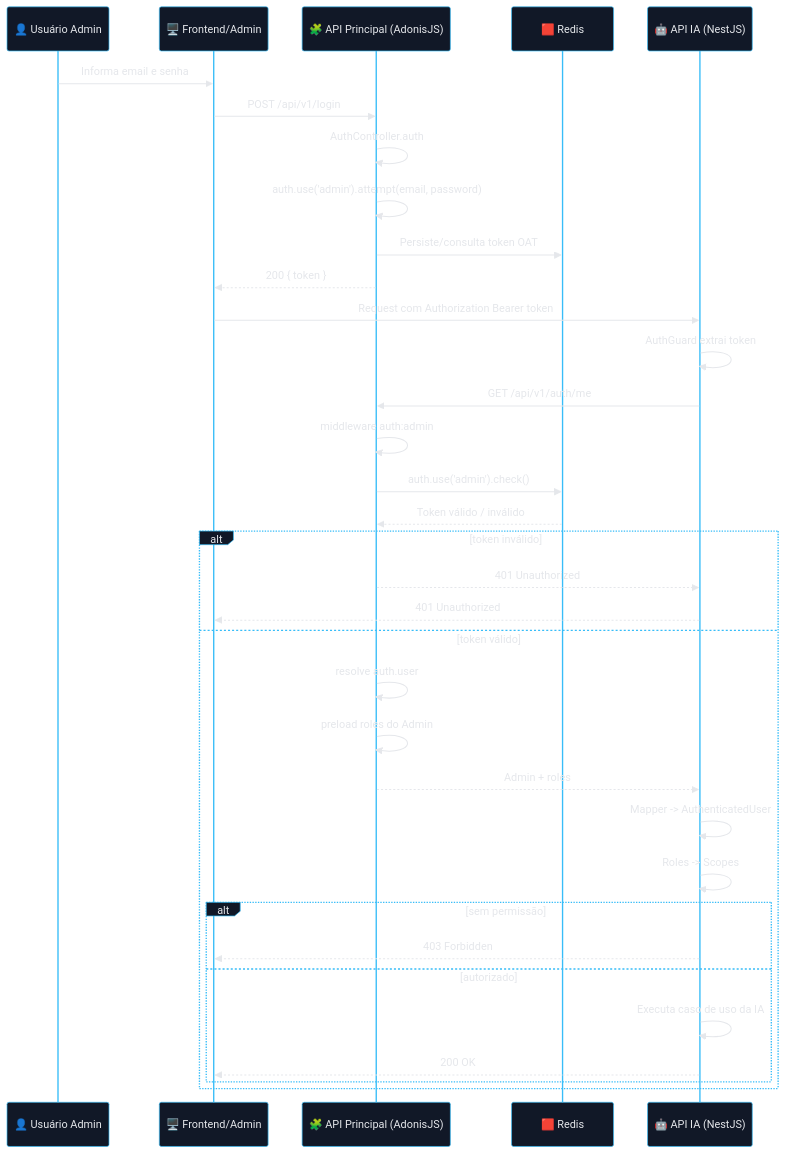
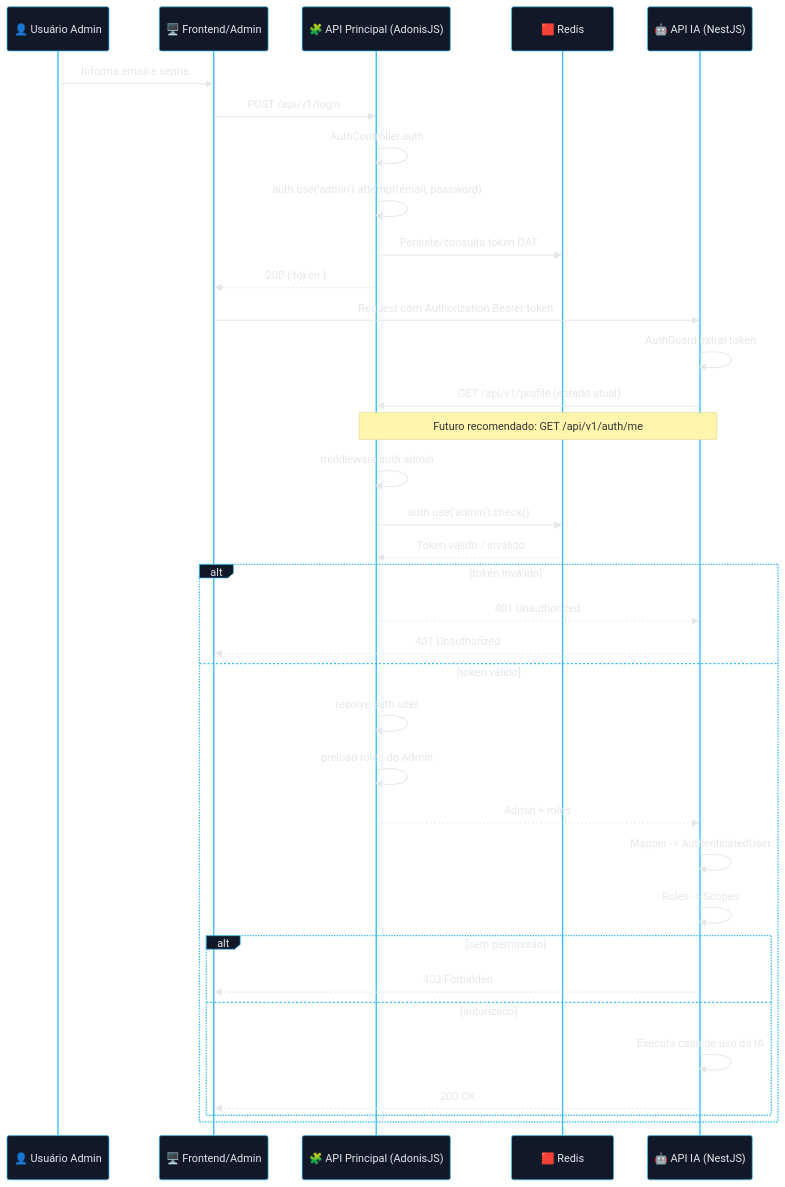
Before and after one commit to matheusdiamantino-betalent/IA: the third of 6 diagrams in RFC-0001-Auth.md, drawn with Mermaid. The commit also changed other lines of this file, not shown here.

````diff
--- a/RFC-0001-Auth.md
+++ b/RFC-0001-Auth.md
@@ -260,55 +287,56 @@
 ```mermaid
 %%{init: {
   "theme": "base",
   "themeVariables": {
     "background": "#0b1020",
     "primaryColor": "#111827",
     "primaryTextColor": "#e5e7eb",
     "primaryBorderColor": "#38bdf8",
     "lineColor": "#38bdf8",
     "secondaryColor": "#172033",
     "secondaryTextColor": "#e2e8f0",
     "tertiaryColor": "#0f172a",
     "tertiaryTextColor": "#f8fafc",
     "fontFamily": "Inter, ui-sans-serif, system-ui, sans-serif"
   }
 }}%%
 sequenceDiagram
     participant U as 👤 Usuário Admin
     participant F as 🖥️ Frontend/Admin
     participant P as 🧩 API Principal (AdonisJS)
     participant R as 🟥 Redis
     participant I as 🤖 API IA (NestJS)
 
     U->>F: Informa email e senha
     F->>P: POST /api/v1/login
     P->>P: AuthController.auth
     P->>P: auth.use('admin').attempt(email, password)
     P->>R: Persiste/consulta token OAT
     P-->>F: 200 { token }
 
     F->>I: Request com Authorization Bearer token
     I->>I: AuthGuard extrai token
-    I->>P: GET /api/v1/auth/me
+    I->>P: GET /api/v1/profile (estado atual)
+    Note over I,P: Futuro recomendado: GET /api/v1/auth/me
     P->>P: middleware auth:admin
     P->>R: auth.use('admin').check()
     R-->>P: Token válido / inválido
 
     alt token inválido
         P-->>I: 401 Unauthorized
         I-->>F: 401 Unauthorized
     else token válido
         P->>P: resolve auth.user
         P->>P: preload roles do Admin
         P-->>I: Admin + roles
         I->>I: Mapper -> AuthenticatedUser
         I->>I: Roles -> Scopes
 
         alt sem permissão
             I-->>F: 403 Forbidden
         else autorizado
             I->>I: Executa caso de uso da IA
             I-->>F: 200 OK
         end
     end
 ```
````
